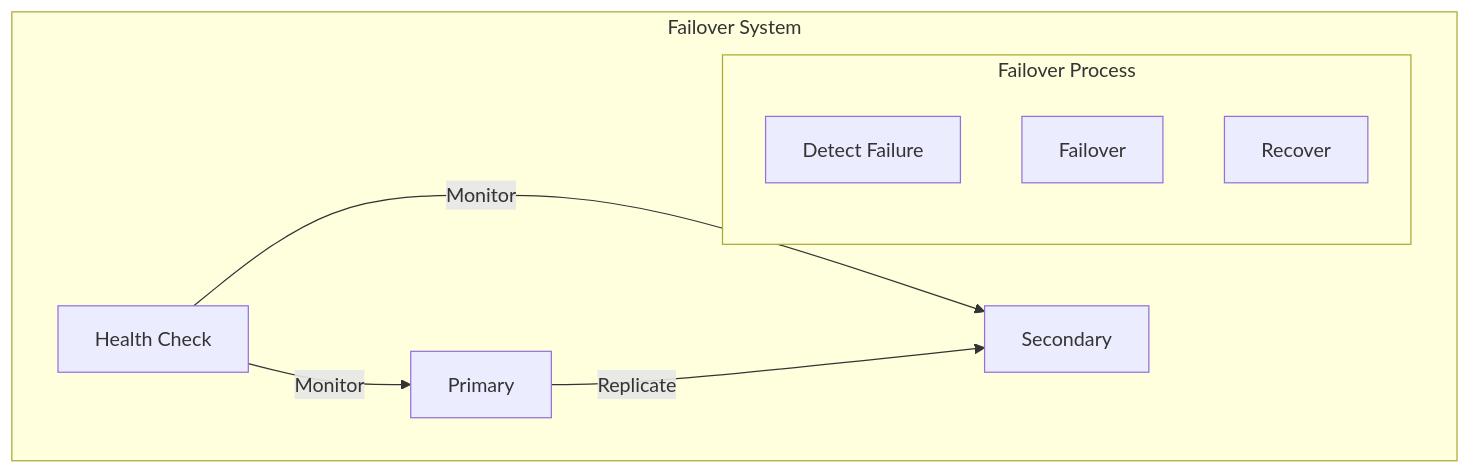
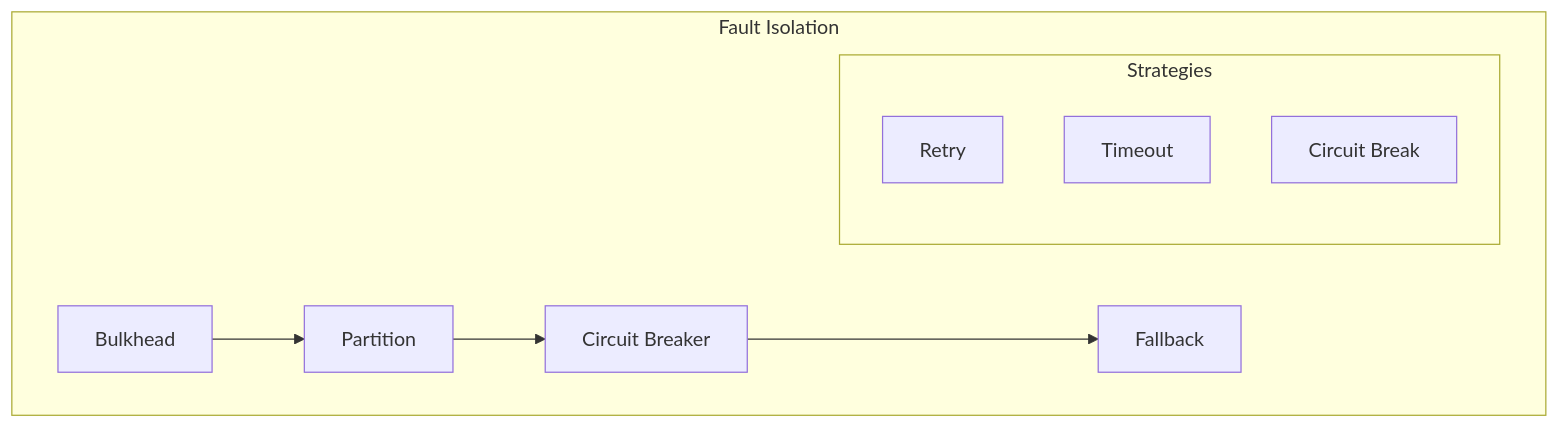
The fourth of 7 diagrams in src/High_Availability_Design.md (saravanakumarrc/Architecture_Journey), drawn with Mermaid before and after one commit. The commit also changed other lines of this file and 2 other files, not shown here.

Commit message:
Enhance High Availability Design documentation with core concepts, redundancy models, and recovery strategies; improve clarity and structure of monitoring and disaster recovery sections.

````diff
--- a/src/High_Availability_Design.md
+++ b/src/High_Availability_Design.md
@@ -129,15 +99,14 @@
 ```mermaid
 graph TB
-    subgraph "Failover System"
-        HC[Health Check] --> |Monitor| P[Primary]
-        HC --> |Monitor| S[Secondary]
+    subgraph "Fault Isolation"
+        B[Bulkhead] --> P[Partition]
+        P --> C[Circuit Breaker]
+        C --> F[Fallback]
         
-        P --> |Replicate| S
-        
-        subgraph "Failover Process"
-            D[Detect Failure]
-            F[Failover]
-            R[Recover]
+        subgraph "Strategies"
+            RT[Retry]
+            TO[Timeout]
+            CB[Circuit Break]
         end
     end
 ```
````
